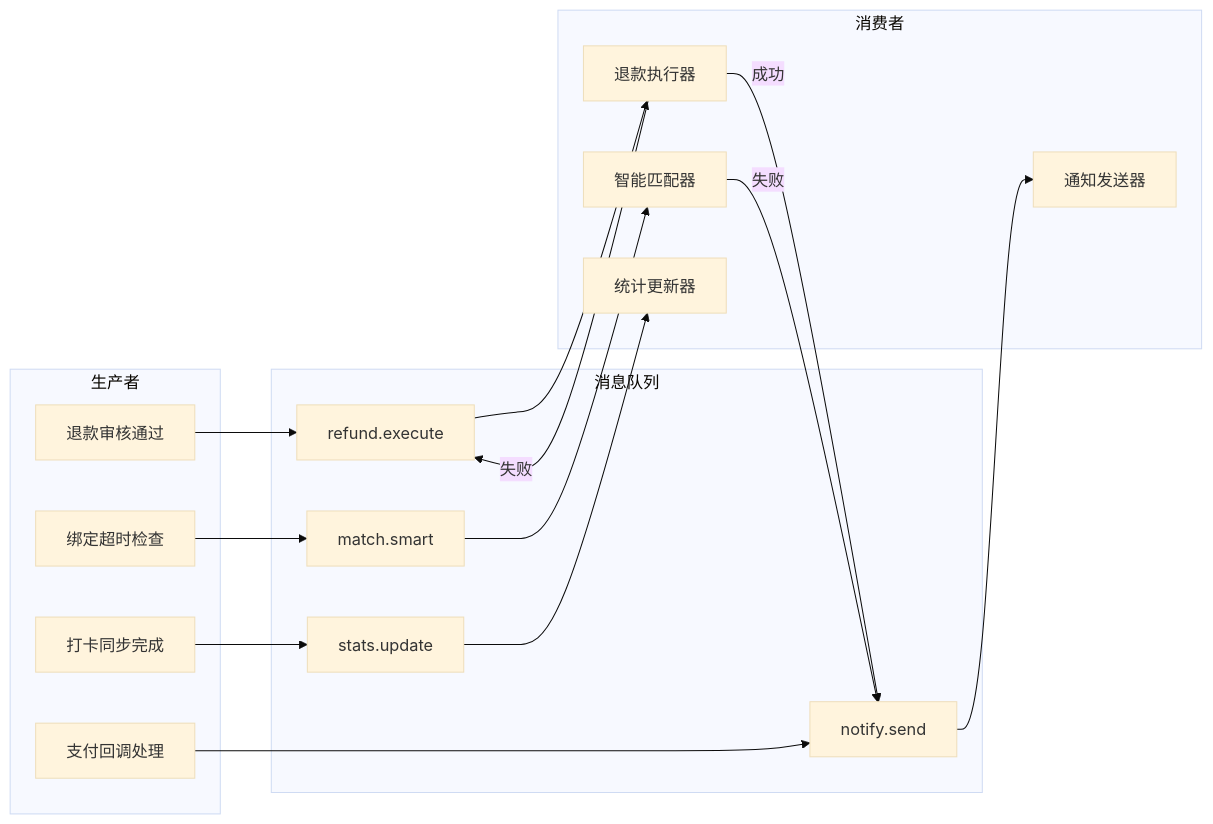
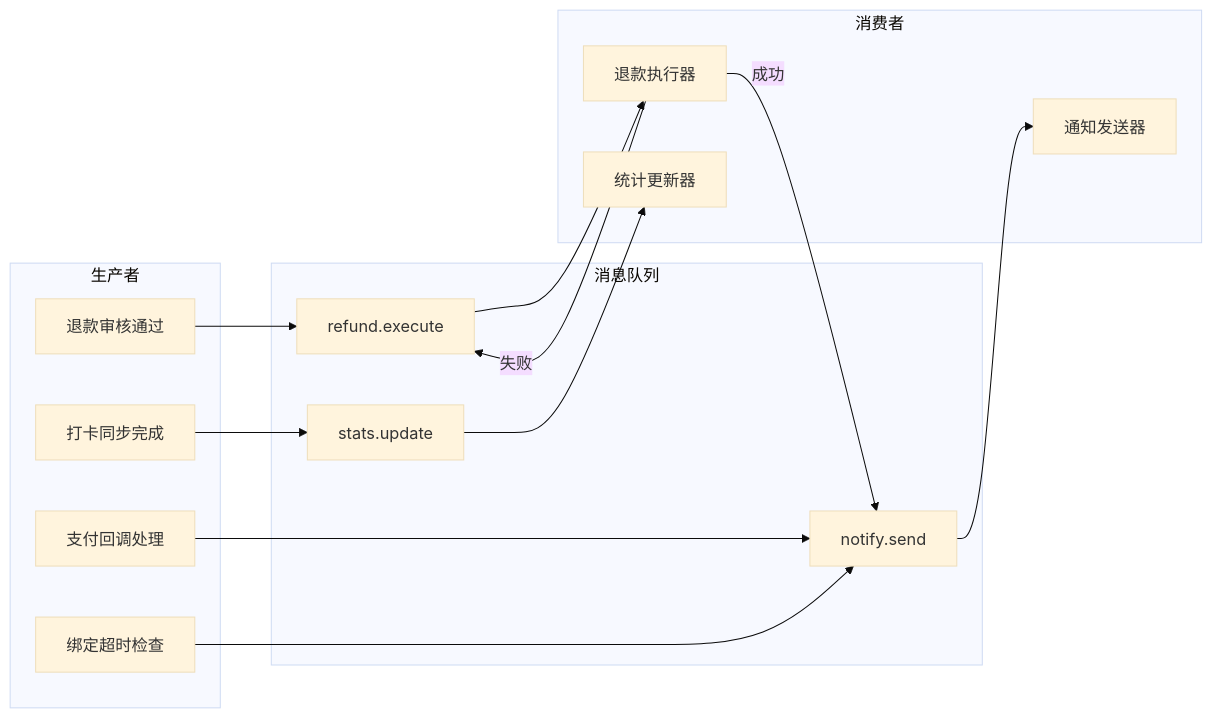
Diagram 47 of 58 in docs/v1/技术方案.md (yiancode/AutoDepositRefundAgent), drawn with Mermaid (base theme) before and after one commit. The commit also changed other lines of this file and 9 other files, not shown here.

````diff
--- a/docs/v1/技术方案.md
+++ b/docs/v1/技术方案.md
@@ -2211,37 +2293,33 @@
 ```mermaid
 flowchart LR
     subgraph 生产者
         P1[支付回调处理]
         P2[退款审核通过]
         P3[绑定超时检查]
         P4[打卡同步完成]
     end
 
     subgraph 消息队列
         Q1[refund.execute]
-        Q2[match.smart]
         Q3[notify.send]
         Q4[stats.update]
     end
 
     subgraph 消费者
         C1[退款执行器]
-        C2[智能匹配器]
         C3[通知发送器]
         C4[统计更新器]
     end
 
     P1 --> Q3
     P2 --> Q1
-    P3 --> Q2
+    P3 --> Q3
     P4 --> Q4
 
     Q1 --> C1
-    Q2 --> C2
     Q3 --> C3
     Q4 --> C4
 
     C1 -->|成功| Q3
     C1 -->|失败| Q1
-    C2 -->|失败| Q3
 ```
````
